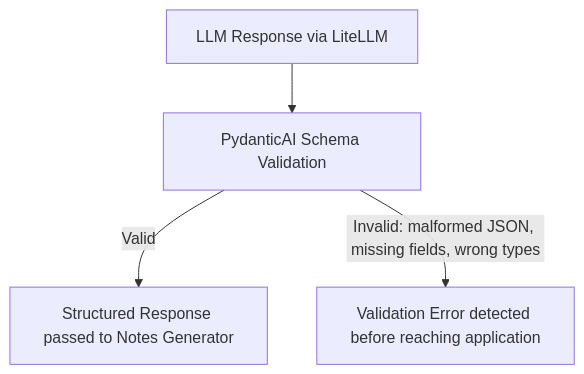
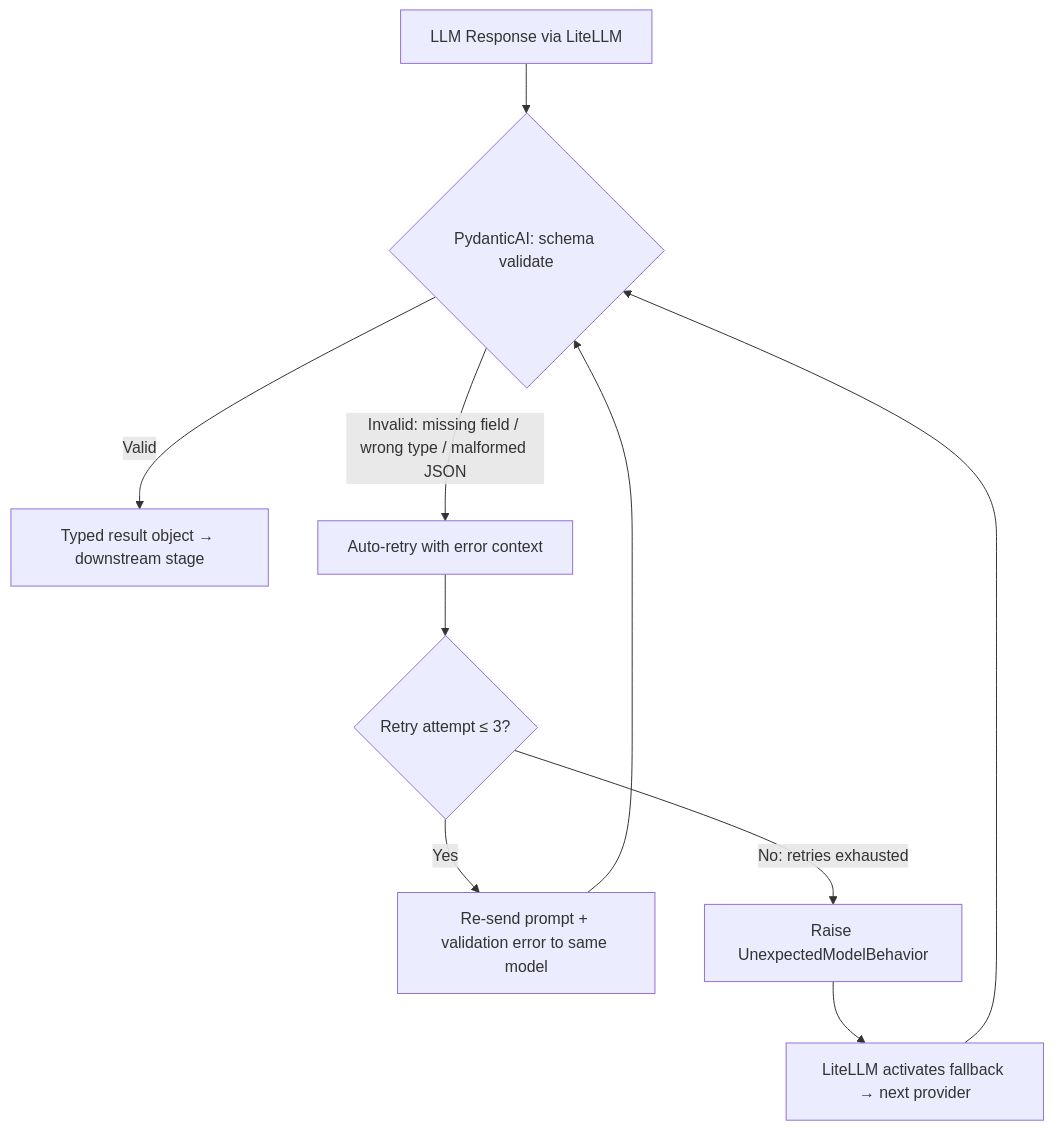
Diagram 15 of 22 in docs/2.SECOND_HALF.md (Meetvirugama/EduScribe-AI), drawn with Mermaid before and after one commit. The commit also changed other lines of this file, not shown here.

````diff
--- a/docs/2.SECOND_HALF.md
+++ b/docs/2.SECOND_HALF.md
@@ -977,6 +1274,12 @@
 ```mermaid
 flowchart TD
-    A[LLM Response via LiteLLM] --> B[PydanticAI Schema Validation]
-    B -->|Valid| C[Structured Response passed to Notes Generator]
-    B -->|Invalid: malformed JSON, missing fields, wrong types| D[Validation Error detected before reaching application]
+    A[LLM Response via LiteLLM] --> B{PydanticAI: schema validate}
+    B -->|Valid| C[Typed result object → downstream stage]
+    B -->|Invalid: missing field / wrong type / malformed JSON| D[Auto-retry with error context]
+    D --> E{Retry attempt ≤ 3?}
+    E -->|Yes| F[Re-send prompt + validation error to same model]
+    F --> B
+    E -->|No: retries exhausted| G[Raise UnexpectedModelBehavior]
+    G --> H[LiteLLM activates fallback → next provider]
+    H --> B
 ```
````
